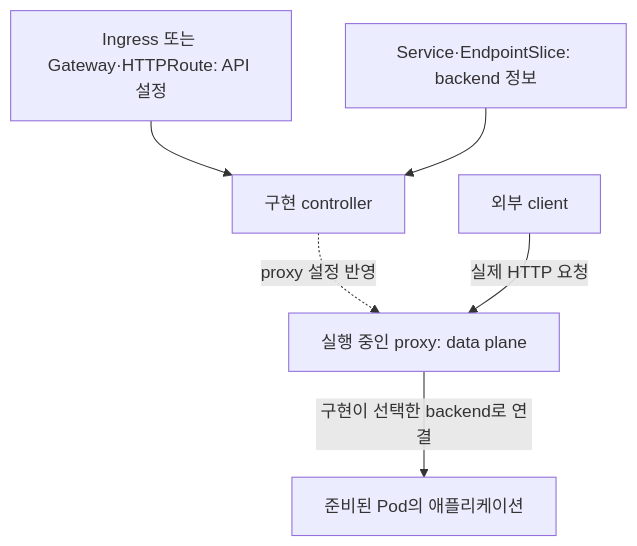
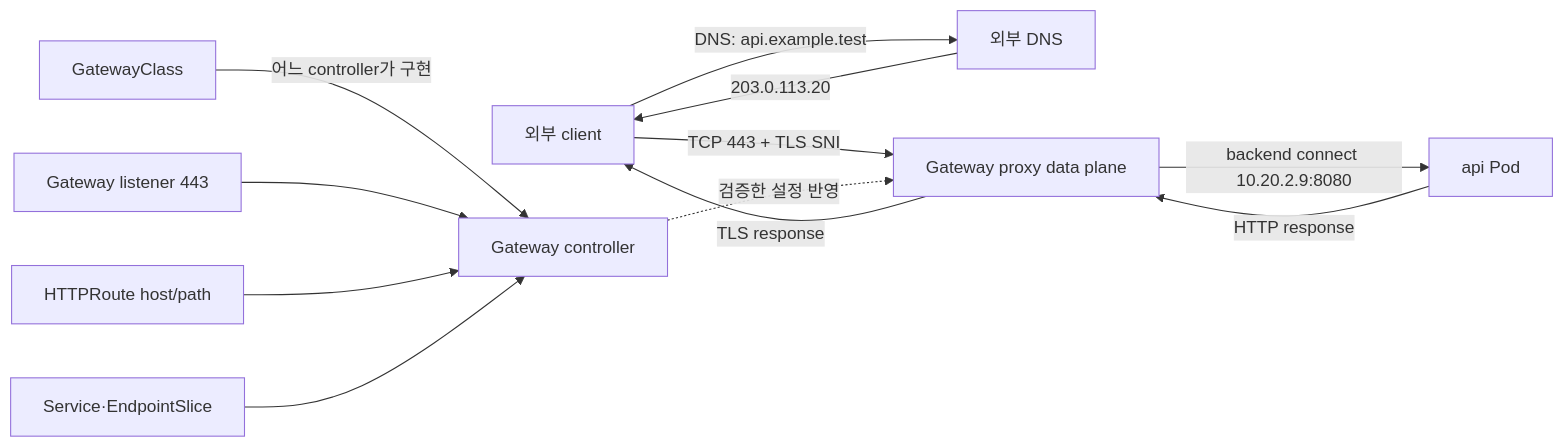
The second of 2 diagrams in learning/kubernetes/05-networking-services.md (mj006648/netai-devsecops-runbook), drawn with Mermaid before and after one commit. The commit also changed other lines of this file and 165 other files, not shown here.

````diff
--- a/learning/kubernetes/05-networking-services.md
+++ b/learning/kubernetes/05-networking-services.md
@@ -155,8 +142,14 @@
 ```mermaid
-flowchart TB
-    Rules["Ingress 또는 Gateway·HTTPRoute: API 설정"] --> C["구현 controller"]
-    C -. "proxy 설정 반영" .-> G["실행 중인 proxy: data plane"]
-    ES["Service·EndpointSlice: backend 정보"] --> C
-    U["외부 client"] -->|"실제 HTTP 요청"| G
-    G -->|"구현이 선택한 backend로 연결"| P["준비된 Pod의 애플리케이션"]
+flowchart LR
+    U["외부 client"] -->|"DNS: api.example.test"| EDNS["외부 DNS"]
+    EDNS -->|"203.0.113.20"| U
+    U -->|"TCP 443 + TLS SNI"| G["Gateway proxy data plane"]
+    GC["GatewayClass"] -->|"어느 controller가 구현"| CTL["Gateway controller"]
+    GW["Gateway listener 443"] --> CTL
+    HR["HTTPRoute host/path"] --> CTL
+    ES["Service·EndpointSlice"] --> CTL
+    CTL -. "검증한 설정 반영" .-> G
+    G -->|"backend connect 10.20.2.9:8080"| P["api Pod"]
+    P -->|"HTTP response"| G
+    G -->|"TLS response"| U
 ```
````
